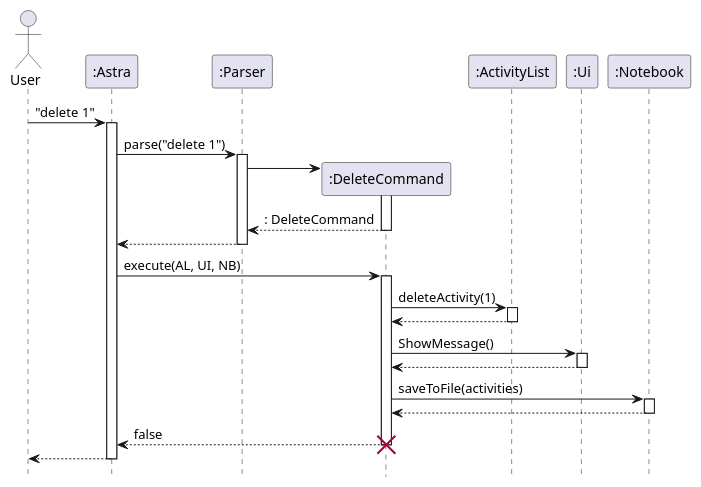
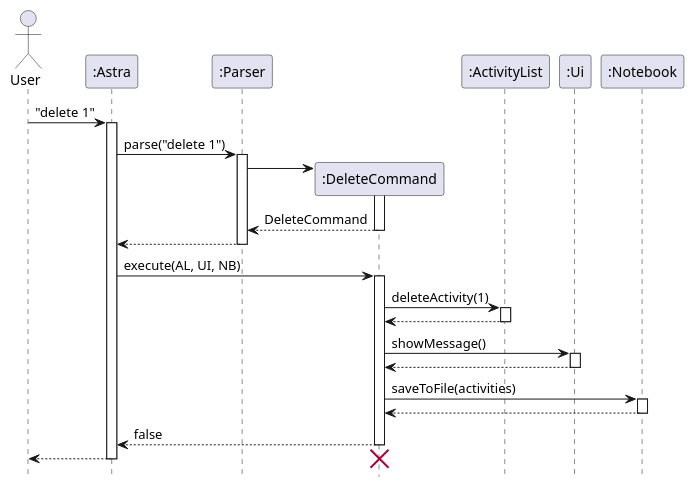
One commit to Kennahh/tp changed the diagram in docs/diagrams/DeleteCommand.puml. Above: the diagram before and after it, drawn with PlantUML. The commit also changed 22 other files, not shown here.

```diff
--- a/docs/diagrams/DeleteCommand.puml
+++ b/docs/diagrams/DeleteCommand.puml
@@ -1,44 +1,44 @@
 @startuml
 'https://plantuml.com/sequence-diagram
 
 hide footbox
 actor User
 participant ":Astra" as Astra
 participant ":Parser" as Parser
 participant ":DeleteCommand" as DeleteCommand
 participant ":ActivityList" as ActivityList
 participant ":Ui" as Ui
 participant ":Notebook" as Notebook
 
 User -> Astra : "delete 1"
 activate Astra
 Astra -> Parser : parse("delete 1")
 activate Parser
 create DeleteCommand
 Parser -> DeleteCommand
 activate DeleteCommand
-return : DeleteCommand
+return DeleteCommand
 return
 deactivate Parser
 
 Astra -> DeleteCommand : execute(AL, UI, NB)
 activate DeleteCommand
 DeleteCommand -> ActivityList : deleteActivity(1)
 activate ActivityList
 return
-DeleteCommand -> Ui : ShowMessage()
+DeleteCommand -> Ui : showMessage()
 activate Ui
 return
 
 DeleteCommand->Notebook : saveToFile(activities)
 activate Notebook
 return
 return false
 deactivate DeleteCommand
+Astra --> User
 destroy DeleteCommand
-Astra --> User
 deactivate Astra
 
 
 
 @enduml
```
